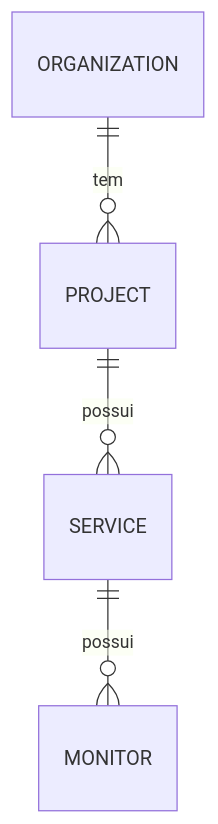
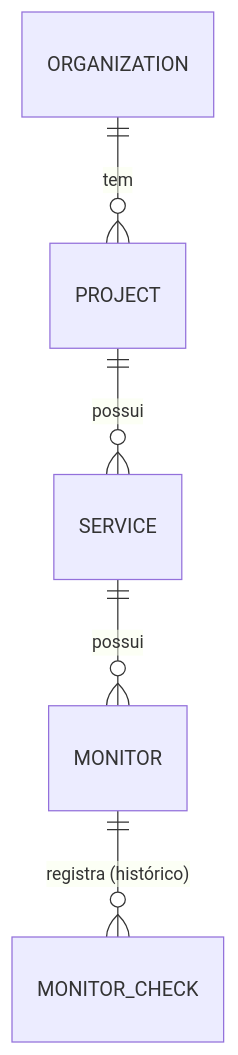
One commit to diegovieiradv/project-sentinel changed the second of 3 diagrams in docs/architecture-foundation.md. Above: the diagram before and after it, drawn with Mermaid. The commit also changed other lines of this file and 30 other files, not shown here.

````diff
--- a/docs/architecture-foundation.md
+++ b/docs/architecture-foundation.md
@@ -55,6 +56,7 @@
 ```mermaid
 erDiagram
     ORGANIZATION ||--o{ PROJECT : "tem"
     PROJECT ||--o{ SERVICE : "possui"
     SERVICE ||--o{ MONITOR : "possui"
+    MONITOR ||--o{ MONITOR_CHECK : "registra (histórico)"
 ```
````
